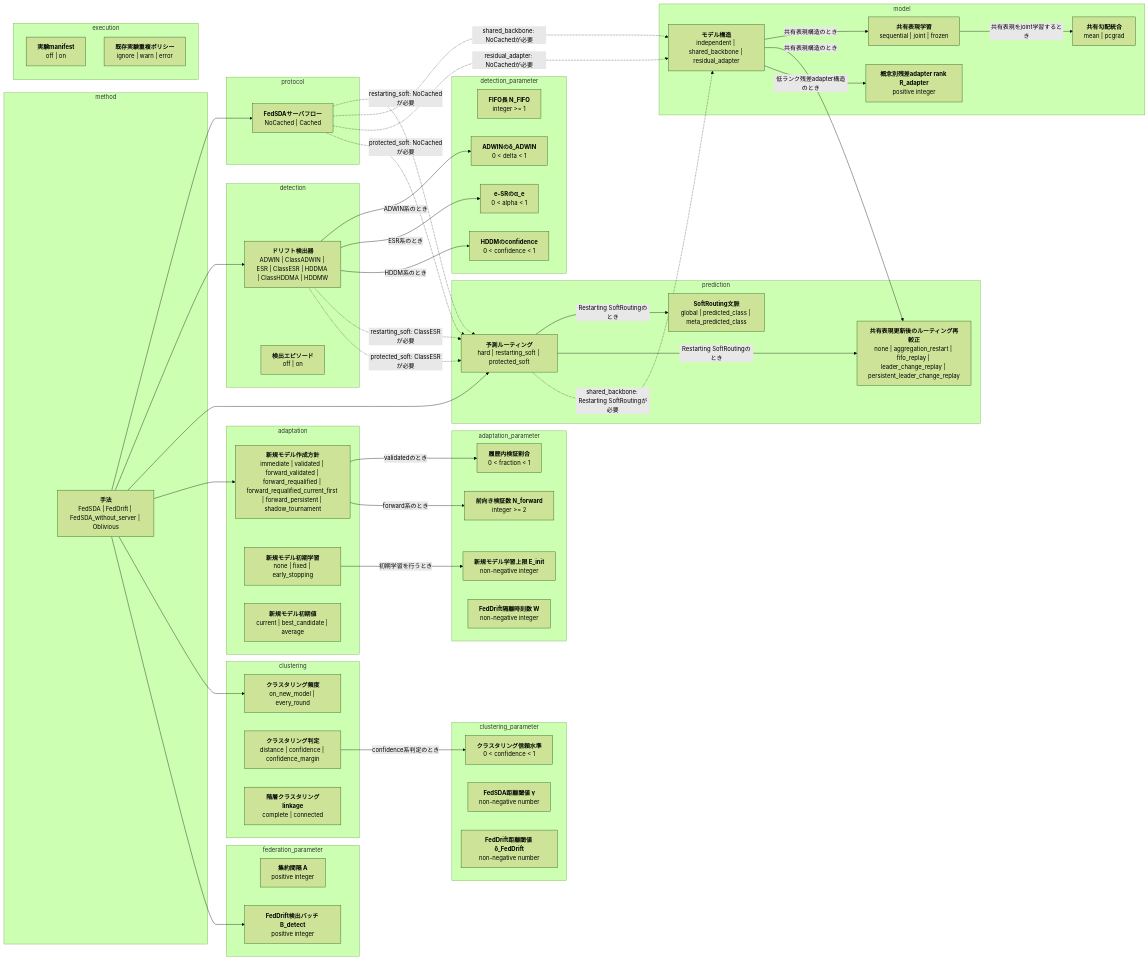
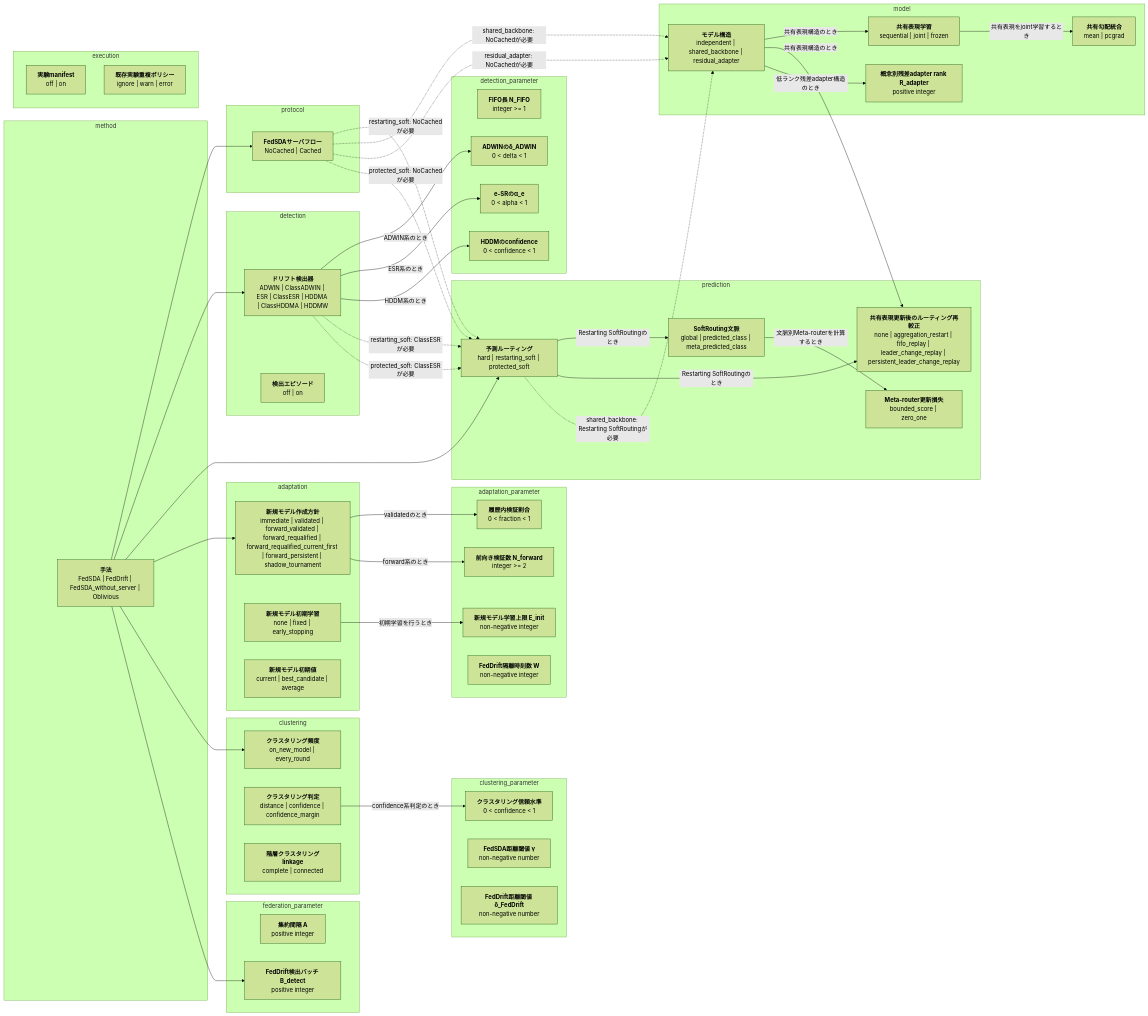
The first of 2 diagrams in docs/options.md (shimmen3141/FedSDA-experiment), drawn with Mermaid (forest theme) before and after one commit. The commit also changed other lines of this file and 11 other files, not shown here.

Commit message:
Add accuracy-aligned meta routing loss

```diff
--- a/docs/options.md
+++ b/docs/options.md
@@ -30,6 +30,7 @@
   subgraph group_prediction[prediction]
     routing["<b>予測ルーティング</b><br/>hard | restarting_soft | protected_soft"]
     soft_routing_context["<b>SoftRouting文脈</b><br/>global | predicted_class | meta_predicted_class"]
+    soft_routing_meta_loss["<b>Meta-router更新損失</b><br/>bounded_score | zero_one"]
     shared_backbone_routing_recalibration["<b>共有表現更新後のルーティング再較正</b><br/>none | aggregation_restart | fifo_replay | leader_change_replay | persistent_leader_change_replay"]
   end
   subgraph group_model[model]
@@ -74,6 +75,7 @@
     duplicate_policy["<b>既存実験重複ポリシー</b><br/>ignore | warn | error"]
   end
   routing -->|"Restarting SoftRoutingのとき"| soft_routing_context
+  soft_routing_context -->|"文脈別Meta-routerを計算するとき"| soft_routing_meta_loss
   model_architecture -->|"共有表現構造のとき"| shared_backbone_training
   shared_backbone_training -->|"共有表現をjoint学習するとき"| shared_backbone_gradient_strategy
   model_architecture -->|"共有表現構造のとき"| shared_backbone_routing_recalibration
```
